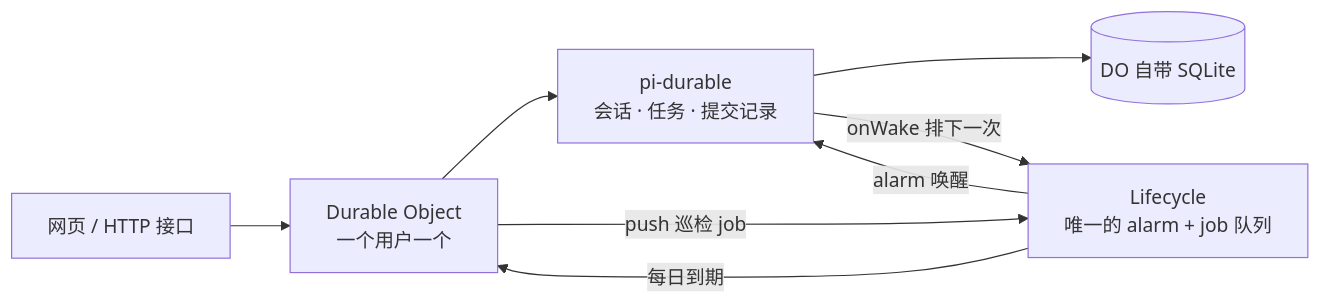
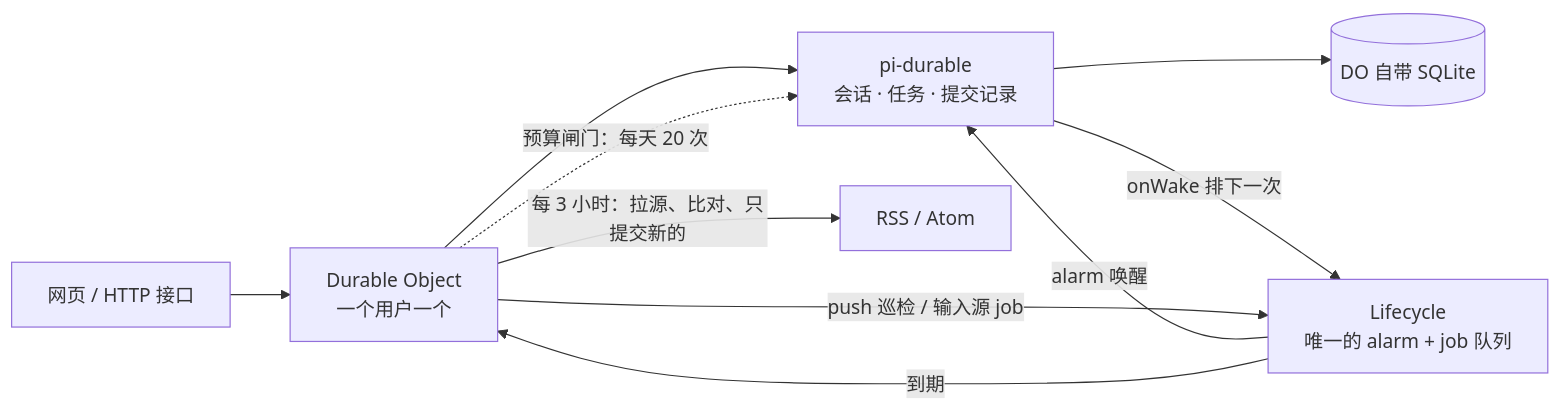
One commit to kbkb628/memex changed the diagram in README.md. Above: the diagram before and after it, drawn with Mermaid. The commit also changed other lines of this file and 4 other files, not shown here.

````diff
--- a/README.md
+++ b/README.md
@@ -53,10 +55,12 @@
 ```mermaid
 flowchart LR
   UI["网页 / HTTP 接口"] --> DO["Durable Object<br/>一个用户一个"]
   DO --> PI["pi-durable<br/>会话 · 任务 · 提交记录"]
   PI --> DB[("DO 自带 SQLite")]
   LC["Lifecycle<br/>唯一的 alarm + job 队列"] -->|alarm 唤醒| PI
   PI -->|onWake 排下一次| LC
-  DO -->|push 巡检 job| LC
-  LC -->|每日到期| DO
+  DO -->|push 巡检 / 输入源 job| LC
+  LC -->|到期| DO
+  DO -->|"每 3 小时：拉源、比对、只提交新的"| FEED["RSS / Atom"]
+  DO -.->|"预算闸门：每天 20 次"| PI
 ```
````
